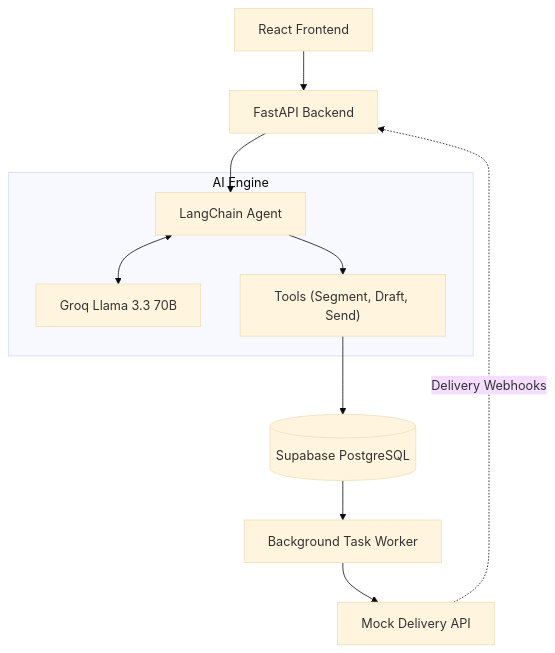
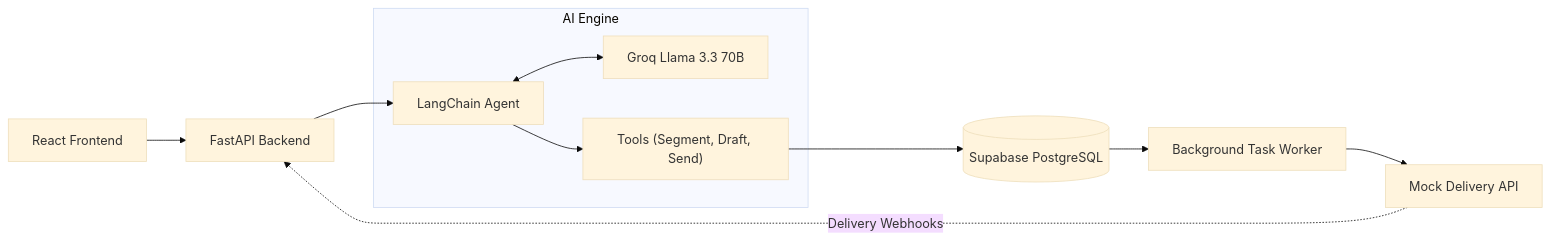
One commit to Harikaaa-20/XENO-CRM changed the diagram in README.md. Above: the diagram before and after it, drawn with Mermaid (base theme). The commit also changed other lines of this file, not shown here.

Commit message:
docs: fix README layout and mermaid orientation

````diff
--- a/README.md
+++ b/README.md
@@ -37,16 +36,16 @@
 ```mermaid
-flowchart TB
+flowchart LR
     UI["React Frontend"] --> Router["FastAPI Backend"]
     
     subgraph AI Engine
         Agent["LangChain Agent"] <--> LLM["Groq Llama 3.3 70B"]
         Agent --> Tools["Tools (Segment, Draft, Send)"]
     end
     
     Router --> Agent
     Tools --> DB[("Supabase PostgreSQL")]
     
     DB --> Worker["Background Task Worker"]
     Worker --> ChannelService["Mock Delivery API"]
     ChannelService -.->|"Delivery Webhooks"| Router
 ```
````
